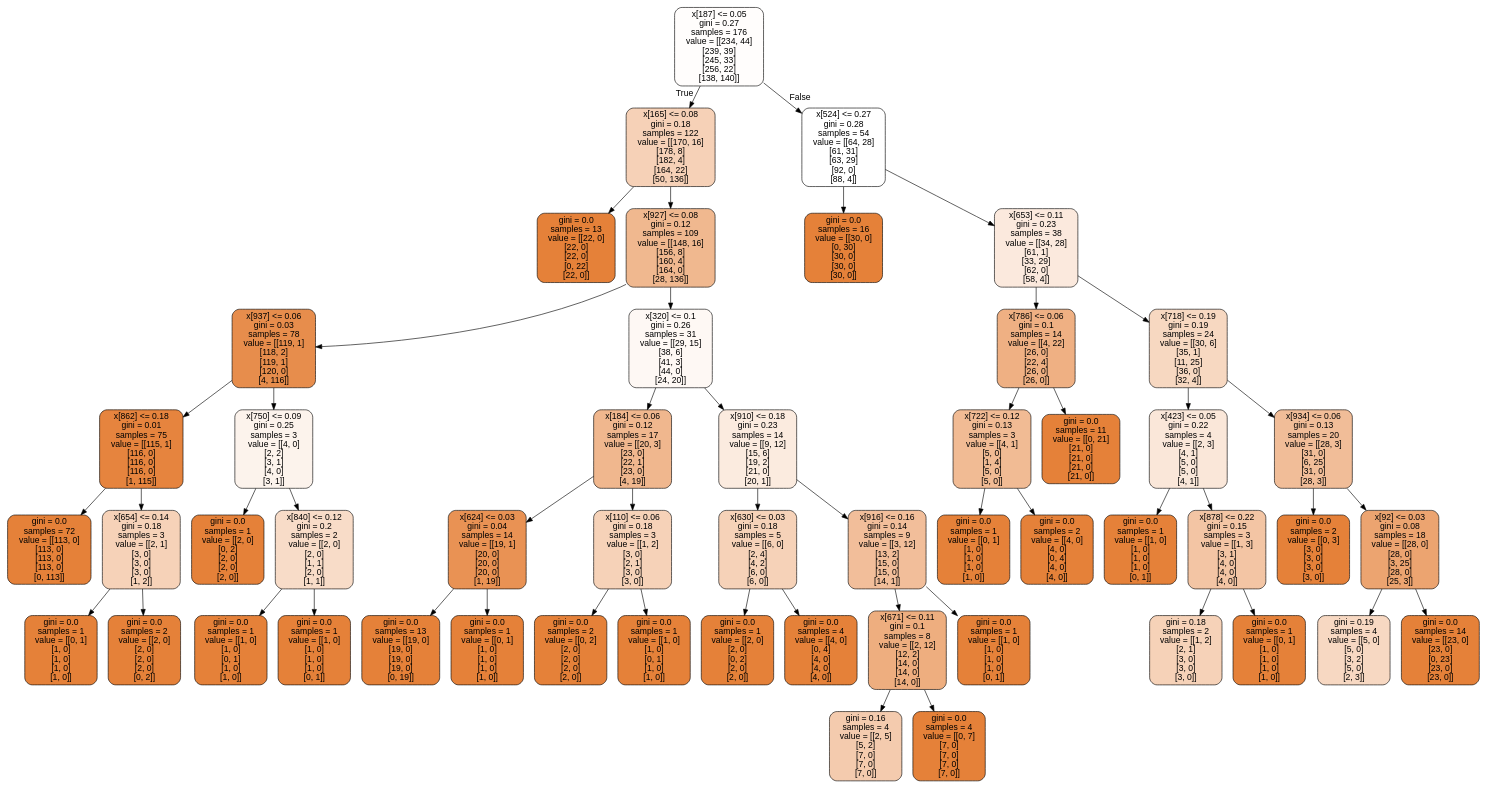
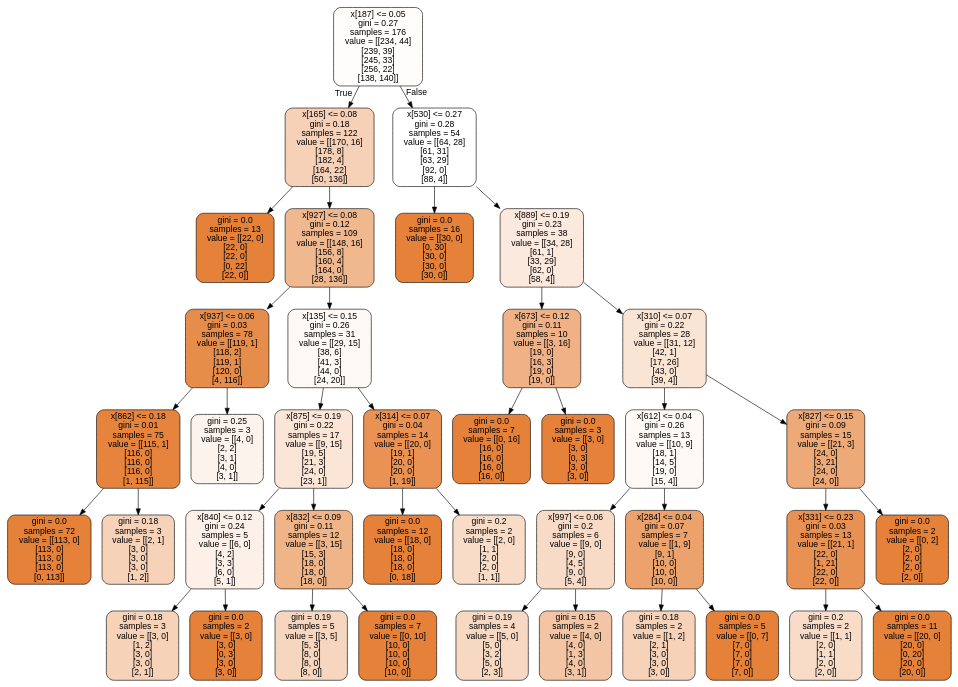
The diagram in Simulasi 3/tree.dot (ariawahyuw/simulasi-spectra), drawn with Graphviz before and after one commit. The commit also changed 2 other files, not shown here.

```diff
--- a/Simulasi 3/tree.dot
+++ b/Simulasi 3/tree.dot
@@ -1,105 +1,81 @@
 digraph Tree {
 node [shape=box, style="filled, rounded", color="black", fontname="helvetica"] ;
 edge [fontname="helvetica"] ;
 0 [label="x[187] <= 0.05\ngini = 0.27\nsamples = 176\nvalue = [[234, 44]\n[239, 39]\n[245, 33]\n[256, 22]\n[138, 140]]", fillcolor="#fffdfc"] ;
 1 [label="x[165] <= 0.08\ngini = 0.18\nsamples = 122\nvalue = [[170, 16]\n[178, 8]\n[182, 4]\n[164, 22]\n[50, 136]]", fillcolor="#f6d1b7"] ;
 0 -> 1 [labeldistance=2.5, labelangle=45, headlabel="True"] ;
 2 [label="gini = 0.0\nsamples = 13\nvalue = [[22, 0]\n[22, 0]\n[22, 0]\n[0, 22]\n[22, 0]]", fillcolor="#e58139"] ;
 1 -> 2 ;
 3 [label="x[927] <= 0.08\ngini = 0.12\nsamples = 109\nvalue = [[148, 16]\n[156, 8]\n[160, 4]\n[164, 0]\n[28, 136]]", fillcolor="#f0b88f"] ;
 1 -> 3 ;
 4 [label="x[937] <= 0.06\ngini = 0.03\nsamples = 78\nvalue = [[119, 1]\n[118, 2]\n[119, 1]\n[120, 0]\n[4, 116]]", fillcolor="#e78d4c"] ;
 3 -> 4 ;
 5 [label="x[862] <= 0.18\ngini = 0.01\nsamples = 75\nvalue = [[115, 1]\n[116, 0]\n[116, 0]\n[116, 0]\n[1, 115]]", fillcolor="#e6843e"] ;
 4 -> 5 ;
 6 [label="gini = 0.0\nsamples = 72\nvalue = [[113, 0]\n[113, 0]\n[113, 0]\n[113, 0]\n[0, 113]]", fillcolor="#e58139"] ;
 5 -> 6 ;
-7 [label="x[654] <= 0.14\ngini = 0.18\nsamples = 3\nvalue = [[2, 1]\n[3, 0]\n[3, 0]\n[3, 0]\n[1, 2]]", fillcolor="#f6d2b8"] ;
+7 [label="gini = 0.18\nsamples = 3\nvalue = [[2, 1]\n[3, 0]\n[3, 0]\n[3, 0]\n[1, 2]]", fillcolor="#f6d2b8"] ;
 5 -> 7 ;
-8 [label="gini = 0.0\nsamples = 1\nvalue = [[0, 1]\n[1, 0]\n[1, 0]\n[1, 0]\n[1, 0]]", fillcolor="#e58139"] ;
-7 -> 8 ;
-9 [label="gini = 0.0\nsamples = 2\nvalue = [[2, 0]\n[2, 0]\n[2, 0]\n[2, 0]\n[0, 2]]", fillcolor="#e58139"] ;
-7 -> 9 ;
-10 [label="x[750] <= 0.09\ngini = 0.25\nsamples = 3\nvalue = [[4, 0]\n[2, 2]\n[3, 1]\n[4, 0]\n[3, 1]]", fillcolor="#fcf3ec"] ;
-4 -> 10 ;
-11 [label="gini = 0.0\nsamples = 1\nvalue = [[2, 0]\n[0, 2]\n[2, 0]\n[2, 0]\n[2, 0]]", fillcolor="#e58139"] ;
+8 [label="gini = 0.25\nsamples = 3\nvalue = [[4, 0]\n[2, 2]\n[3, 1]\n[4, 0]\n[3, 1]]", fillcolor="#fcf3ec"] ;
+4 -> 8 ;
+9 [label="x[135] <= 0.15\ngini = 0.26\nsamples = 31\nvalue = [[29, 15]\n[38, 6]\n[41, 3]\n[44, 0]\n[24, 20]]", fillcolor="#fef8f4"] ;
+3 -> 9 ;
+10 [label="x[875] <= 0.19\ngini = 0.22\nsamples = 17\nvalue = [[9, 15]\n[19, 5]\n[21, 3]\n[24, 0]\n[23, 1]]", fillcolor="#fae5d6"] ;
+9 -> 10 ;
+11 [label="x[840] <= 0.12\ngini = 0.24\nsamples = 5\nvalue = [[6, 0]\n[4, 2]\n[3, 3]\n[6, 0]\n[5, 1]]", fillcolor="#fcf0e8"] ;
 10 -> 11 ;
-12 [label="x[840] <= 0.12\ngini = 0.2\nsamples = 2\nvalue = [[2, 0]\n[2, 0]\n[1, 1]\n[2, 0]\n[1, 1]]", fillcolor="#f8dcc8"] ;
-10 -> 12 ;
-13 [label="gini = 0.0\nsamples = 1\nvalue = [[1, 0]\n[1, 0]\n[0, 1]\n[1, 0]\n[1, 0]]", fillcolor="#e58139"] ;
-12 -> 13 ;
-14 [label="gini = 0.0\nsamples = 1\nvalue = [[1, 0]\n[1, 0]\n[1, 0]\n[1, 0]\n[0, 1]]", fillcolor="#e58139"] ;
-12 -> 14 ;
-15 [label="x[320] <= 0.1\ngini = 0.26\nsamples = 31\nvalue = [[29, 15]\n[38, 6]\n[41, 3]\n[44, 0]\n[24, 20]]", fillcolor="#fef8f4"] ;
-3 -> 15 ;
-16 [label="x[184] <= 0.06\ngini = 0.12\nsamples = 17\nvalue = [[20, 3]\n[23, 0]\n[22, 1]\n[23, 0]\n[4, 19]]", fillcolor="#f0b78e"] ;
-15 -> 16 ;
-17 [label="x[624] <= 0.03\ngini = 0.04\nsamples = 14\nvalue = [[19, 1]\n[20, 0]\n[20, 0]\n[20, 0]\n[1, 19]]", fillcolor="#e99254"] ;
-16 -> 17 ;
-18 [label="gini = 0.0\nsamples = 13\nvalue = [[19, 0]\n[19, 0]\n[19, 0]\n[19, 0]\n[0, 19]]", fillcolor="#e58139"] ;
+12 [label="gini = 0.18\nsamples = 3\nvalue = [[3, 0]\n[1, 2]\n[3, 0]\n[3, 0]\n[2, 1]]", fillcolor="#f6d2b8"] ;
+11 -> 12 ;
+13 [label="gini = 0.0\nsamples = 2\nvalue = [[3, 0]\n[3, 0]\n[0, 3]\n[3, 0]\n[3, 0]]", fillcolor="#e58139"] ;
+11 -> 13 ;
+14 [label="x[832] <= 0.09\ngini = 0.11\nsamples = 12\nvalue = [[3, 15]\n[15, 3]\n[18, 0]\n[18, 0]\n[18, 0]]", fillcolor="#efb488"] ;
+10 -> 14 ;
+15 [label="gini = 0.19\nsamples = 5\nvalue = [[3, 5]\n[5, 3]\n[8, 0]\n[8, 0]\n[8, 0]]", fillcolor="#f7d6bf"] ;
+14 -> 15 ;
+16 [label="gini = 0.0\nsamples = 7\nvalue = [[0, 10]\n[10, 0]\n[10, 0]\n[10, 0]\n[10, 0]]", fillcolor="#e58139"] ;
+14 -> 16 ;
+17 [label="x[314] <= 0.07\ngini = 0.04\nsamples = 14\nvalue = [[20, 0]\n[19, 1]\n[20, 0]\n[20, 0]\n[1, 19]]", fillcolor="#e99254"] ;
+9 -> 17 ;
+18 [label="gini = 0.0\nsamples = 12\nvalue = [[18, 0]\n[18, 0]\n[18, 0]\n[18, 0]\n[0, 18]]", fillcolor="#e58139"] ;
 17 -> 18 ;
-19 [label="gini = 0.0\nsamples = 1\nvalue = [[0, 1]\n[1, 0]\n[1, 0]\n[1, 0]\n[1, 0]]", fillcolor="#e58139"] ;
+19 [label="gini = 0.2\nsamples = 2\nvalue = [[2, 0]\n[1, 1]\n[2, 0]\n[2, 0]\n[1, 1]]", fillcolor="#f8dcc8"] ;
 17 -> 19 ;
-20 [label="x[110] <= 0.06\ngini = 0.18\nsamples = 3\nvalue = [[1, 2]\n[3, 0]\n[2, 1]\n[3, 0]\n[3, 0]]", fillcolor="#f6d2b8"] ;
-16 -> 20 ;
-21 [label="gini = 0.0\nsamples = 2\nvalue = [[0, 2]\n[2, 0]\n[2, 0]\n[2, 0]\n[2, 0]]", fillcolor="#e58139"] ;
+20 [label="x[530] <= 0.27\ngini = 0.28\nsamples = 54\nvalue = [[64, 28]\n[61, 31]\n[63, 29]\n[92, 0]\n[88, 4]]", fillcolor="#ffffff"] ;
+0 -> 20 [labeldistance=2.5, labelangle=-45, headlabel="False"] ;
+21 [label="gini = 0.0\nsamples = 16\nvalue = [[30, 0]\n[0, 30]\n[30, 0]\n[30, 0]\n[30, 0]]", fillcolor="#e58139"] ;
 20 -> 21 ;
-22 [label="gini = 0.0\nsamples = 1\nvalue = [[1, 0]\n[1, 0]\n[0, 1]\n[1, 0]\n[1, 0]]", fillcolor="#e58139"] ;
+22 [label="x[889] <= 0.19\ngini = 0.23\nsamples = 38\nvalue = [[34, 28]\n[61, 1]\n[33, 29]\n[62, 0]\n[58, 4]]", fillcolor="#fbe9dd"] ;
 20 -> 22 ;
-23 [label="x[910] <= 0.18\ngini = 0.23\nsamples = 14\nvalue = [[9, 12]\n[15, 6]\n[19, 2]\n[21, 0]\n[20, 1]]", fillcolor="#fbebdf"] ;
-15 -> 23 ;
-24 [label="x[630] <= 0.03\ngini = 0.18\nsamples = 5\nvalue = [[6, 0]\n[2, 4]\n[4, 2]\n[6, 0]\n[6, 0]]", fillcolor="#f6d2b8"] ;
+23 [label="x[673] <= 0.12\ngini = 0.11\nsamples = 10\nvalue = [[3, 16]\n[19, 0]\n[16, 3]\n[19, 0]\n[19, 0]]", fillcolor="#efb185"] ;
+22 -> 23 ;
+24 [label="gini = 0.0\nsamples = 7\nvalue = [[0, 16]\n[16, 0]\n[16, 0]\n[16, 0]\n[16, 0]]", fillcolor="#e58139"] ;
 23 -> 24 ;
-25 [label="gini = 0.0\nsamples = 1\nvalue = [[2, 0]\n[2, 0]\n[0, 2]\n[2, 0]\n[2, 0]]", fillcolor="#e58139"] ;
-24 -> 25 ;
-26 [label="gini = 0.0\nsamples = 4\nvalue = [[4, 0]\n[0, 4]\n[4, 0]\n[4, 0]\n[4, 0]]", fillcolor="#e58139"] ;
-24 -> 26 ;
-27 [label="x[916] <= 0.16\ngini = 0.14\nsamples = 9\nvalue = [[3, 12]\n[13, 2]\n[15, 0]\n[15, 0]\n[14, 1]]", fillcolor="#f2be9a"] ;
-23 -> 27 ;
-28 [label="x[671] <= 0.11\ngini = 0.1\nsamples = 8\nvalue = [[2, 12]\n[12, 2]\n[14, 0]\n[14, 0]\n[14, 0]]", fillcolor="#eeae7f"] ;
+25 [label="gini = 0.0\nsamples = 3\nvalue = [[3, 0]\n[3, 0]\n[0, 3]\n[3, 0]\n[3, 0]]", fillcolor="#e58139"] ;
+23 -> 25 ;
+26 [label="x[310] <= 0.07\ngini = 0.22\nsamples = 28\nvalue = [[31, 12]\n[42, 1]\n[17, 26]\n[43, 0]\n[39, 4]]", fillcolor="#fae5d5"] ;
+22 -> 26 ;
+27 [label="x[612] <= 0.04\ngini = 0.26\nsamples = 13\nvalue = [[10, 9]\n[18, 1]\n[14, 5]\n[19, 0]\n[15, 4]]", fillcolor="#fef9f5"] ;
+26 -> 27 ;
+28 [label="x[997] <= 0.06\ngini = 0.2\nsamples = 6\nvalue = [[9, 0]\n[9, 0]\n[4, 5]\n[9, 0]\n[5, 4]]", fillcolor="#f8dbc6"] ;
 27 -> 28 ;
-29 [label="gini = 0.16\nsamples = 4\nvalue = [[2, 5]\n[5, 2]\n[7, 0]\n[7, 0]\n[7, 0]]", fillcolor="#f4cbae"] ;
+29 [label="gini = 0.19\nsamples = 4\nvalue = [[5, 0]\n[5, 0]\n[3, 2]\n[5, 0]\n[2, 3]]", fillcolor="#f7d8c2"] ;
 28 -> 29 ;
-30 [label="gini = 0.0\nsamples = 4\nvalue = [[0, 7]\n[7, 0]\n[7, 0]\n[7, 0]\n[7, 0]]", fillcolor="#e58139"] ;
+30 [label="gini = 0.15\nsamples = 2\nvalue = [[4, 0]\n[4, 0]\n[1, 3]\n[4, 0]\n[3, 1]]", fillcolor="#f3c5a4"] ;
 28 -> 30 ;
-31 [label="gini = 0.0\nsamples = 1\nvalue = [[1, 0]\n[1, 0]\n[1, 0]\n[1, 0]\n[0, 1]]", fillcolor="#e58139"] ;
+31 [label="x[284] <= 0.04\ngini = 0.07\nsamples = 7\nvalue = [[1, 9]\n[9, 1]\n[10, 0]\n[10, 0]\n[10, 0]]", fillcolor="#eca26c"] ;
 27 -> 31 ;
-32 [label="x[524] <= 0.27\ngini = 0.28\nsamples = 54\nvalue = [[64, 28]\n[61, 31]\n[63, 29]\n[92, 0]\n[88, 4]]", fillcolor="#ffffff"] ;
-0 -> 32 [labeldistance=2.5, labelangle=-45, headlabel="False"] ;
-33 [label="gini = 0.0\nsamples = 16\nvalue = [[30, 0]\n[0, 30]\n[30, 0]\n[30, 0]\n[30, 0]]", fillcolor="#e58139"] ;
-32 -> 33 ;
-34 [label="x[653] <= 0.11\ngini = 0.23\nsamples = 38\nvalue = [[34, 28]\n[61, 1]\n[33, 29]\n[62, 0]\n[58, 4]]", fillcolor="#fbe9dd"] ;
-32 -> 34 ;
-35 [label="x[786] <= 0.06\ngini = 0.1\nsamples = 14\nvalue = [[4, 22]\n[26, 0]\n[22, 4]\n[26, 0]\n[26, 0]]", fillcolor="#efb083"] ;
+32 [label="gini = 0.18\nsamples = 2\nvalue = [[1, 2]\n[2, 1]\n[3, 0]\n[3, 0]\n[3, 0]]", fillcolor="#f6d2b8"] ;
+31 -> 32 ;
+33 [label="gini = 0.0\nsamples = 5\nvalue = [[0, 7]\n[7, 0]\n[7, 0]\n[7, 0]\n[7, 0]]", fillcolor="#e58139"] ;
+31 -> 33 ;
+34 [label="x[827] <= 0.15\ngini = 0.09\nsamples = 15\nvalue = [[21, 3]\n[24, 0]\n[3, 21]\n[24, 0]\n[24, 0]]", fillcolor="#eda978"] ;
+26 -> 34 ;
+35 [label="x[331] <= 0.23\ngini = 0.03\nsamples = 13\nvalue = [[21, 1]\n[22, 0]\n[1, 21]\n[22, 0]\n[22, 0]]", fillcolor="#e89152"] ;
 34 -> 35 ;
-36 [label="x[722] <= 0.12\ngini = 0.13\nsamples = 3\nvalue = [[4, 1]\n[5, 0]\n[1, 4]\n[5, 0]\n[5, 0]]", fillcolor="#f1bb94"] ;
+36 [label="gini = 0.2\nsamples = 2\nvalue = [[1, 1]\n[2, 0]\n[1, 1]\n[2, 0]\n[2, 0]]", fillcolor="#f8dcc8"] ;
 35 -> 36 ;
-37 [label="gini = 0.0\nsamples = 1\nvalue = [[0, 1]\n[1, 0]\n[1, 0]\n[1, 0]\n[1, 0]]", fillcolor="#e58139"] ;
-36 -> 37 ;
-38 [label="gini = 0.0\nsamples = 2\nvalue = [[4, 0]\n[4, 0]\n[0, 4]\n[4, 0]\n[4, 0]]", fillcolor="#e58139"] ;
-36 -> 38 ;
-39 [label="gini = 0.0\nsamples = 11\nvalue = [[0, 21]\n[21, 0]\n[21, 0]\n[21, 0]\n[21, 0]]", fillcolor="#e58139"] ;
-35 -> 39 ;
-40 [label="x[718] <= 0.19\ngini = 0.19\nsamples = 24\nvalue = [[30, 6]\n[35, 1]\n[11, 25]\n[36, 0]\n[32, 4]]", fillcolor="#f7d8c1"] ;
-34 -> 40 ;
-41 [label="x[423] <= 0.05\ngini = 0.22\nsamples = 4\nvalue = [[2, 3]\n[4, 1]\n[5, 0]\n[5, 0]\n[4, 1]]", fillcolor="#fae7d9"] ;
-40 -> 41 ;
-42 [label="gini = 0.0\nsamples = 1\nvalue = [[1, 0]\n[1, 0]\n[1, 0]\n[1, 0]\n[0, 1]]", fillcolor="#e58139"] ;
-41 -> 42 ;
-43 [label="x[878] <= 0.22\ngini = 0.15\nsamples = 3\nvalue = [[1, 3]\n[3, 1]\n[4, 0]\n[4, 0]\n[4, 0]]", fillcolor="#f3c5a4"] ;
-41 -> 43 ;
-44 [label="gini = 0.18\nsamples = 2\nvalue = [[1, 2]\n[2, 1]\n[3, 0]\n[3, 0]\n[3, 0]]", fillcolor="#f6d2b8"] ;
-43 -> 44 ;
-45 [label="gini = 0.0\nsamples = 1\nvalue = [[0, 1]\n[1, 0]\n[1, 0]\n[1, 0]\n[1, 0]]", fillcolor="#e58139"] ;
-43 -> 45 ;
-46 [label="x[934] <= 0.06\ngini = 0.13\nsamples = 20\nvalue = [[28, 3]\n[31, 0]\n[6, 25]\n[31, 0]\n[28, 3]]", fillcolor="#f1bd98"] ;
-40 -> 46 ;
-47 [label="gini = 0.0\nsamples = 2\nvalue = [[0, 3]\n[3, 0]\n[3, 0]\n[3, 0]\n[3, 0]]", fillcolor="#e58139"] ;
-46 -> 47 ;
-48 [label="x[92] <= 0.03\ngini = 0.08\nsamples = 18\nvalue = [[28, 0]\n[28, 0]\n[3, 25]\n[28, 0]\n[25, 3]]", fillcolor="#eca470"] ;
-46 -> 48 ;
-49 [label="gini = 0.19\nsamples = 4\nvalue = [[5, 0]\n[5, 0]\n[3, 2]\n[5, 0]\n[2, 3]]", fillcolor="#f7d8c2"] ;
-48 -> 49 ;
-50 [label="gini = 0.0\nsamples = 14\nvalue = [[23, 0]\n[23, 0]\n[0, 23]\n[23, 0]\n[23, 0]]", fillcolor="#e58139"] ;
-48 -> 50 ;
+37 [label="gini = 0.0\nsamples = 11\nvalue = [[20, 0]\n[20, 0]\n[0, 20]\n[20, 0]\n[20, 0]]", fillcolor="#e58139"] ;
+35 -> 37 ;
+38 [label="gini = 0.0\nsamples = 2\nvalue = [[0, 2]\n[2, 0]\n[2, 0]\n[2, 0]\n[2, 0]]", fillcolor="#e58139"] ;
+34 -> 38 ;
 }
```
